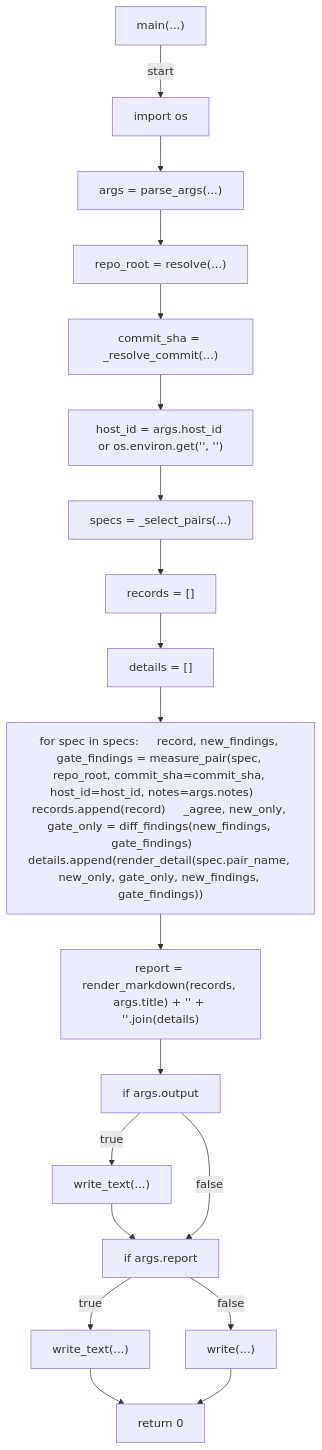
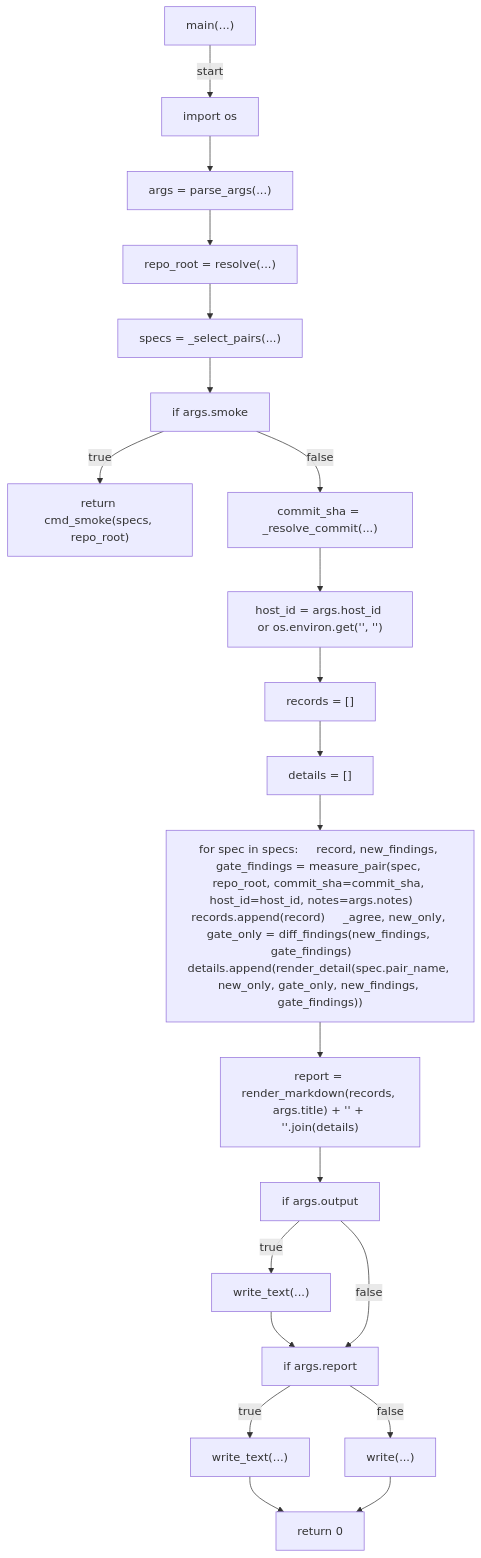
Before and after one commit to tvna/claude-md: diagram 29 of 29 in docs/generated/scripts/ast/measure_tool_overlap.md, drawn with Mermaid. The commit also changed other lines of this file and 3 other files, not shown here.

First line of the commit message:
docs(generated): regenerate decision tree and workflow diagrams

````diff
--- a/docs/generated/scripts/ast/measure_tool_overlap.md
+++ b/docs/generated/scripts/ast/measure_tool_overlap.md
@@ -356,38 +440,42 @@
 ```mermaid
 flowchart TD
     N001["main(...)"]
     N002["import os"]
     N003["args = parse_args(...)"]
     N004["repo_root = resolve(...)"]
-    N005["commit_sha = _resolve_commit(...)"]
-    N006["host_id = args.host_id or os.environ.get('<str>', '<str>')"]
-    N007["specs = _select_pairs(...)"]
-    N008["records = []"]
-    N009["details = []"]
-    N010["for spec in specs:     record, new_findings, gate_findings = measure_pair(spec, repo_root, commit_sha=commit_sha, host_id=host_id, notes=args.notes)     records.append(record)     _agree, new_only, gate_only = diff_findings(new_findings, gate_findings)     details.append(render_detail(spec.pair_name, new_only, gate_only, new_findings, gate_findings))"]
-    N011["report = render_markdown(records, args.title) + '<str>' + '<str>'.join(details)"]
-    N012["if args.output"]
-    N013["write_text(...)"]
-    N014["if args.report"]
+    N005["specs = _select_pairs(...)"]
+    N006["if args.smoke"]
+    N007["return cmd_smoke(specs, repo_root)"]
+    N008["commit_sha = _resolve_commit(...)"]
+    N009["host_id = args.host_id or os.environ.get('<str>', '<str>')"]
+    N010["records = []"]
+    N011["details = []"]
+    N012["for spec in specs:     record, new_findings, gate_findings = measure_pair(spec, repo_root, commit_sha=commit_sha, host_id=host_id, notes=args.notes)     records.append(record)     _agree, new_only, gate_only = diff_findings(new_findings, gate_findings)     details.append(render_detail(spec.pair_name, new_only, gate_only, new_findings, gate_findings))"]
+    N013["report = render_markdown(records, args.title) + '<str>' + '<str>'.join(details)"]
+    N014["if args.output"]
     N015["write_text(...)"]
-    N016["write(...)"]
-    N017["return 0"]
+    N016["if args.report"]
+    N017["write_text(...)"]
+    N018["write(...)"]
+    N019["return 0"]
     N001 -->|"start"| N002
     N002 --> N003
     N003 --> N004
     N004 --> N005
     N005 --> N006
-    N006 --> N007
-    N007 --> N008
+    N006 -->|"true"| N007
+    N006 -->|"false"| N008
     N008 --> N009
     N009 --> N010
     N010 --> N011
     N011 --> N012
-    N012 -->|"true"| N013
+    N012 --> N013
     N013 --> N014
-    N012 -->|"false"| N014
     N014 -->|"true"| N015
+    N015 --> N016
     N014 -->|"false"| N016
-    N015 --> N017
-    N016 --> N017
+    N016 -->|"true"| N017
+    N016 -->|"false"| N018
+    N017 --> N019
+    N018 --> N019
 ```
````
